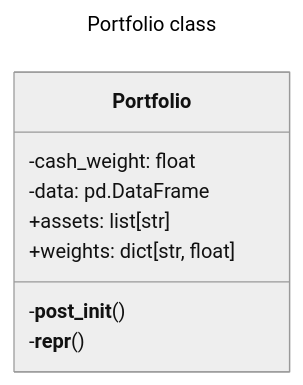
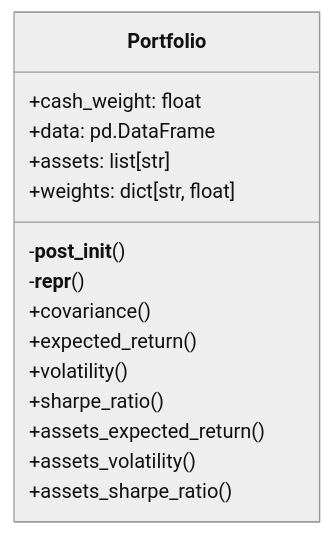
Before and after one commit to bagelquant/bagelPortfolioPy: the second of 3 diagrams in README.md, drawn with Mermaid (neutral theme). The commit also changed other lines of this file and 3 other files, not shown here.

Commit message:
[Add][Optimizer] add optimizer [Modify][Portfolio] weight change to pd.series [Modify][README] add optimizer [Modify][requirements] add scipy

````diff
--- a/README.md
+++ b/README.md
@@ -24,16 +24,20 @@
 ```mermaid
----
-title: Portfolio class
----
 classDiagram
 class Portfolio{
-    -cash_weight: float
-    -data: pd.DataFrame
+    +cash_weight: float
+    +data: pd.DataFrame
     +assets: list[str]
     +weights: dict[str, float]
 
     -__post_init__()
     -__repr__()
+    +covariance()
+    +expected_return()
+    +volatility()
+    +sharpe_ratio()
 
+    +assets_expected_return()
+    +assets_volatility()
+    +assets_sharpe_ratio()
 }
 ```
````
